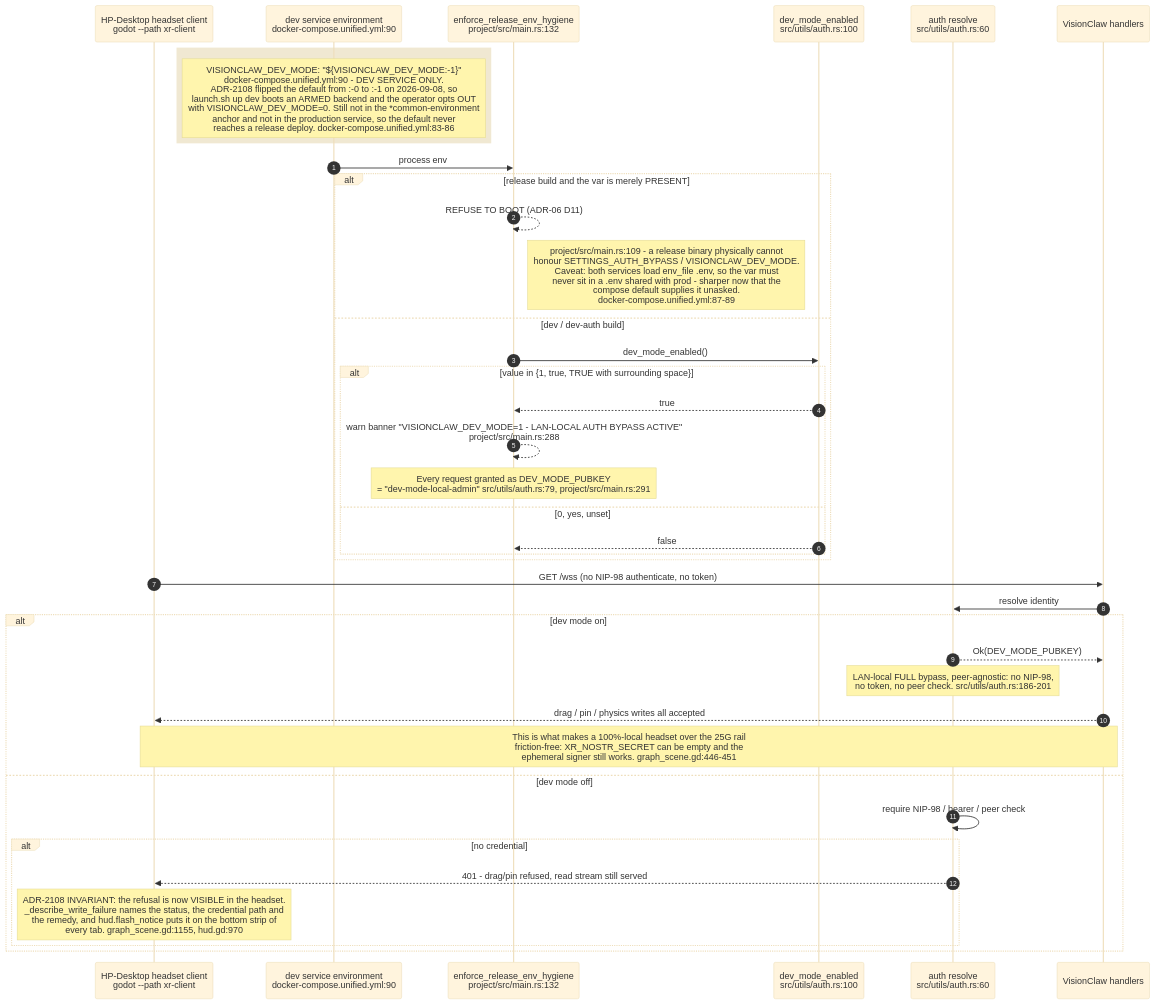
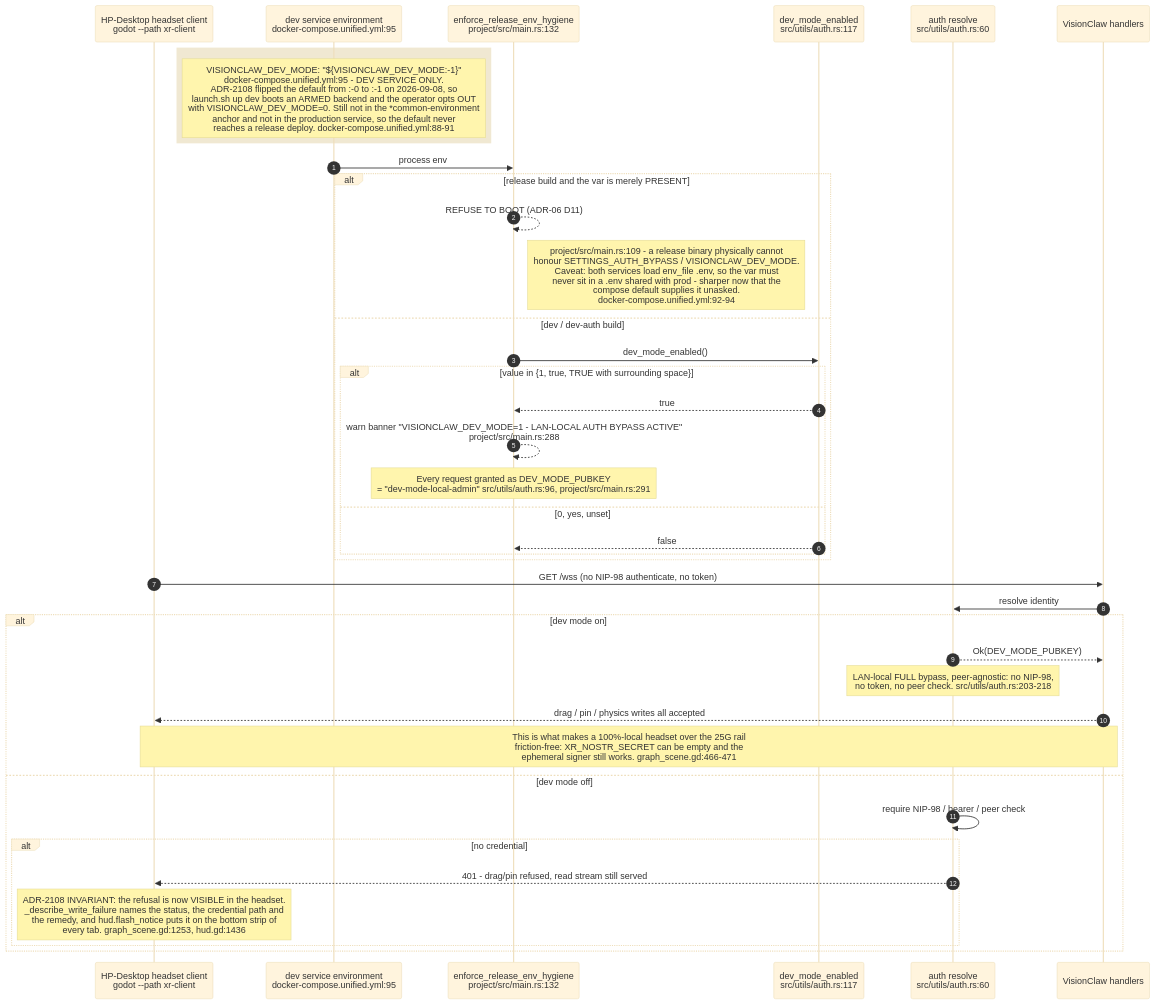
Before and after one commit to DreamLab-AI/VisionFlow: diagram 15 of 26 in docs/diagrams/visionclaw/36-godot-xr-client.md, drawn with Mermaid (base theme). The commit also changed other lines of this file and 26 other files, not shown here.

First line of the commit message:
docs(diagrams): re-verify solid-pod-rs, nostr-rust-forum and visionclaw 22/36 against HEAD

````diff
--- a/docs/diagrams/visionclaw/36-godot-xr-client.md
+++ b/docs/diagrams/visionclaw/36-godot-xr-client.md
@@ -705,42 +735,42 @@
 ```mermaid
 sequenceDiagram
     autonumber
     participant HP as HP-Desktop headset client<br/>godot --path xr-client
-    participant CO as dev service environment<br/>docker-compose.unified.yml:90
+    participant CO as dev service environment<br/>docker-compose.unified.yml:95
     participant MN as enforce_release_env_hygiene<br/>project/src/main.rs:132
-    participant DM as dev_mode_enabled<br/>src/utils/auth.rs:100
+    participant DM as dev_mode_enabled<br/>src/utils/auth.rs:117
     participant AU as auth resolve<br/>src/utils/auth.rs:60
     participant SV as VisionClaw handlers
 
     rect rgb(240, 232, 210)
-        Note over CO: VISIONCLAW_DEV_MODE: "${VISIONCLAW_DEV_MODE:-1}"<br/>docker-compose.unified.yml:90 - DEV SERVICE ONLY.<br/>ADR-2108 flipped the default from :-0 to :-1 on 2026-09-08, so<br/>launch.sh up dev boots an ARMED backend and the operator opts OUT<br/>with VISIONCLAW_DEV_MODE=0. Still not in the *common-environment<br/>anchor and not in the production service, so the default never<br/>reaches a release deploy. docker-compose.unified.yml:83-86
+        Note over CO: VISIONCLAW_DEV_MODE: "${VISIONCLAW_DEV_MODE:-1}"<br/>docker-compose.unified.yml:95 - DEV SERVICE ONLY.<br/>ADR-2108 flipped the default from :-0 to :-1 on 2026-09-08, so<br/>launch.sh up dev boots an ARMED backend and the operator opts OUT<br/>with VISIONCLAW_DEV_MODE=0. Still not in the *common-environment<br/>anchor and not in the production service, so the default never<br/>reaches a release deploy. docker-compose.unified.yml:88-91
     end
     CO->>MN: process env
     alt release build and the var is merely PRESENT
         MN-->>MN: REFUSE TO BOOT (ADR-06 D11)
-        Note right of MN: project/src/main.rs:109 - a release binary physically cannot<br/>honour SETTINGS_AUTH_BYPASS / VISIONCLAW_DEV_MODE.<br/>Caveat: both services load env_file .env, so the var must<br/>never sit in a .env shared with prod - sharper now that the<br/>compose default supplies it unasked.<br/>docker-compose.unified.yml:87-89
+        Note right of MN: project/src/main.rs:109 - a release binary physically cannot<br/>honour SETTINGS_AUTH_BYPASS / VISIONCLAW_DEV_MODE.<br/>Caveat: both services load env_file .env, so the var must<br/>never sit in a .env shared with prod - sharper now that the<br/>compose default supplies it unasked.<br/>docker-compose.unified.yml:92-94
     else dev / dev-auth build
         MN->>DM: dev_mode_enabled()
         alt value in {1, true, TRUE with surrounding space}
             DM-->>MN: true
             MN-->>MN: warn banner "VISIONCLAW_DEV_MODE=1 - LAN-LOCAL AUTH BYPASS ACTIVE"<br/>project/src/main.rs:288
-            Note over MN: Every request granted as DEV_MODE_PUBKEY<br/>= "dev-mode-local-admin" src/utils/auth.rs:79, project/src/main.rs:291
+            Note over MN: Every request granted as DEV_MODE_PUBKEY<br/>= "dev-mode-local-admin" src/utils/auth.rs:96, project/src/main.rs:291
         else 0, yes, unset
             DM-->>MN: false
         end
     end
     HP->>SV: GET /wss (no NIP-98 authenticate, no token)
     SV->>AU: resolve identity
     alt dev mode on
         AU-->>SV: Ok(DEV_MODE_PUBKEY)
-        Note over AU: LAN-local FULL bypass, peer-agnostic: no NIP-98,<br/>no token, no peer check. src/utils/auth.rs:186-201
+        Note over AU: LAN-local FULL bypass, peer-agnostic: no NIP-98,<br/>no token, no peer check. src/utils/auth.rs:203-218
         SV-->>HP: drag / pin / physics writes all accepted
-        Note over HP,SV: This is what makes a 100%-local headset over the 25G rail<br/>friction-free: XR_NOSTR_SECRET can be empty and the<br/>ephemeral signer still works. graph_scene.gd:446-451
+        Note over HP,SV: This is what makes a 100%-local headset over the 25G rail<br/>friction-free: XR_NOSTR_SECRET can be empty and the<br/>ephemeral signer still works. graph_scene.gd:466-471
     else dev mode off
         AU->>AU: require NIP-98 / bearer / peer check
         alt no credential
             AU-->>HP: 401 - drag/pin refused, read stream still served
-            Note over HP: ADR-2108 INVARIANT: the refusal is now VISIBLE in the headset.<br/>_describe_write_failure names the status, the credential path and<br/>the remedy, and hud.flash_notice puts it on the bottom strip of<br/>every tab. graph_scene.gd:1155, hud.gd:970
+            Note over HP: ADR-2108 INVARIANT: the refusal is now VISIBLE in the headset.<br/>_describe_write_failure names the status, the credential path and<br/>the remedy, and hud.flash_notice puts it on the bottom strip of<br/>every tab. graph_scene.gd:1253, hud.gd:1436
         end
     end
 ```
````
